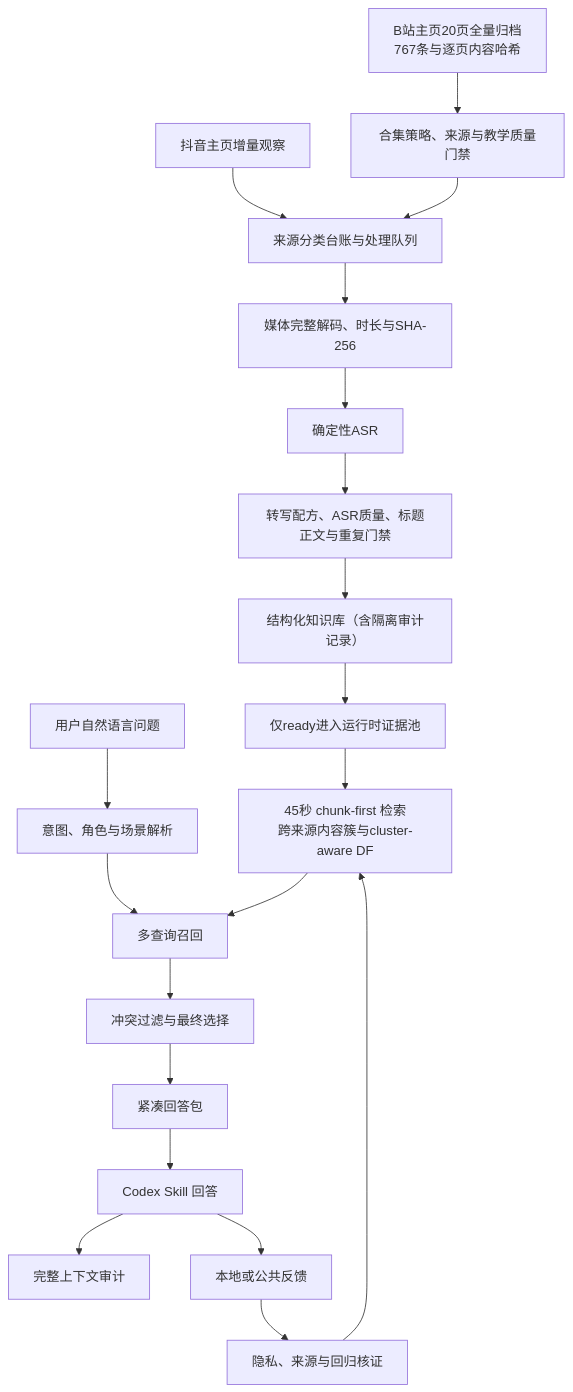
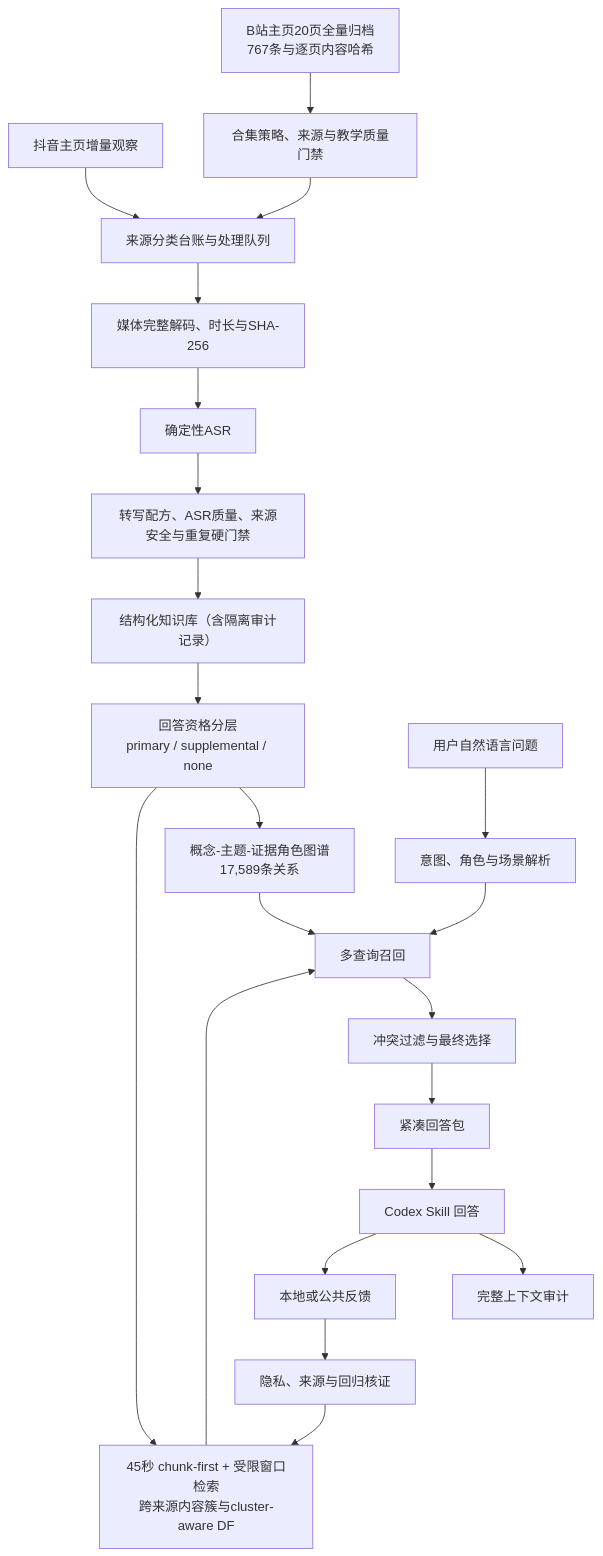
Before and after one commit to MuyuanGuo/badminton-skills-coach: the diagram in README.md, drawn with Mermaid. The commit also changed other lines of this file and 66 other files, not shown here.

Commit message:
feat: add tiered evidence architecture

````diff
--- a/README.md
+++ b/README.md
@@ -83,22 +85,24 @@
 ```mermaid
 flowchart TD
     A1["抖音主页增量观察"] --> B["来源分类台账与处理队列"]
     A2["B站主页20页全量归档<br/>767条与逐页内容哈希"] --> O["合集策略、来源与教学质量门禁"]
     O --> B
     B --> C["媒体完整解码、时长与SHA-256"]
     C --> D["确定性ASR"]
-    D --> P["转写配方、ASR质量、标题正文与重复门禁"]
+    D --> P["转写配方、ASR质量、来源安全与重复硬门禁"]
     P --> E["结构化知识库（含隔离审计记录）"]
-    E --> R["仅ready进入运行时证据池"]
-    R --> F["45秒 chunk-first 检索<br/>跨来源内容簇与cluster-aware DF"]
+    E --> A["回答资格分层<br/>primary / supplemental / none"]
+    A --> KG["概念-主题-证据角色图谱<br/>17,589条关系"]
+    A --> F["45秒 chunk-first + 受限窗口检索<br/>跨来源内容簇与cluster-aware DF"]
     Q["用户自然语言问题"] --> G["意图、角色与场景解析"]
     G --> H["多查询召回"]
     F --> H
+    KG --> H
     H --> I["冲突过滤与最终选择"]
     I --> J["紧凑回答包"]
     J --> K["Codex Skill 回答"]
     K --> L["完整上下文审计"]
     K --> M["本地或公共反馈"]
     M --> N["隐私、来源与回归核证"]
     N --> F
 ```
````
